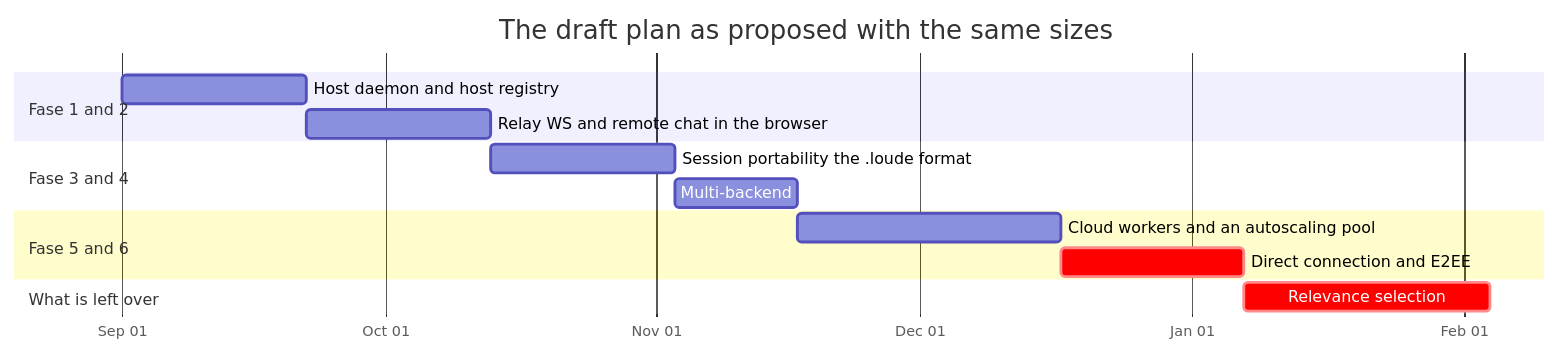
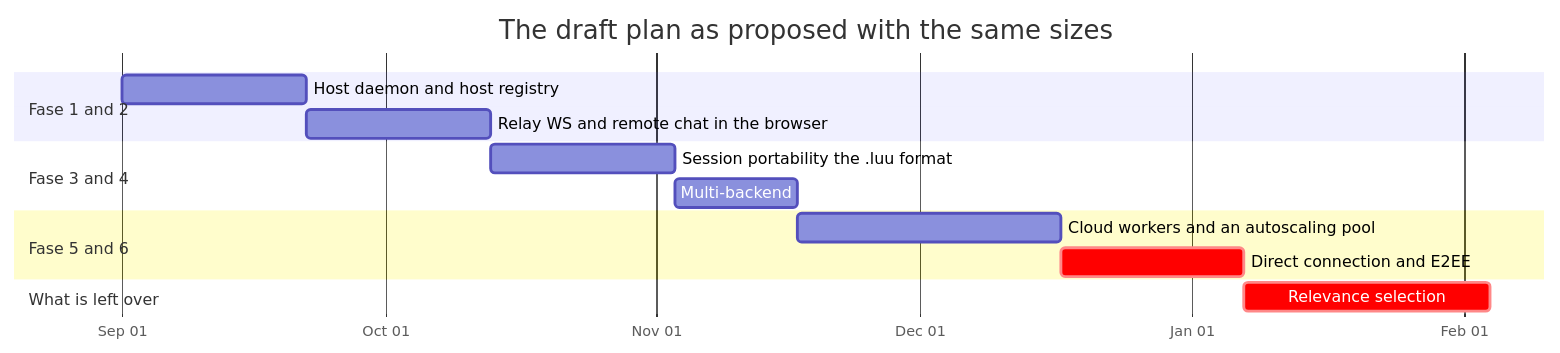
One commit to jgermade/luu changed the second of 2 diagrams in ROADMAP/2026-08-31/README.md. Above: the diagram before and after it, drawn with Mermaid. The commit also changed other lines of this file and 32 other files, not shown here.

````diff
--- a/ROADMAP/2026-08-31/README.md
+++ b/ROADMAP/2026-08-31/README.md
@@ -102,17 +102,17 @@
 ```mermaid
 gantt
     title The draft plan as proposed with the same sizes
     dateFormat YYYY-MM-DD
     axisFormat %b %d
     section Fase 1 and 2
     Host daemon and host registry          :p1, 2026-09-01, 21d
     Relay WS and remote chat in the browser :p2, after p1, 21d
     section Fase 3 and 4
-    Session portability the .loude format  :p3, after p2, 21d
+    Session portability the .luu format  :p3, after p2, 21d
     Multi-backend                          :p4, after p3, 14d
     section Fase 5 and 6
     Cloud workers and an autoscaling pool  :p5, after p4, 30d
     Direct connection and E2EE             :crit, p6, after p5, 21d
     section What is left over
     Relevance selection                    :crit, rel2, after p6, 28d
 ```
````
